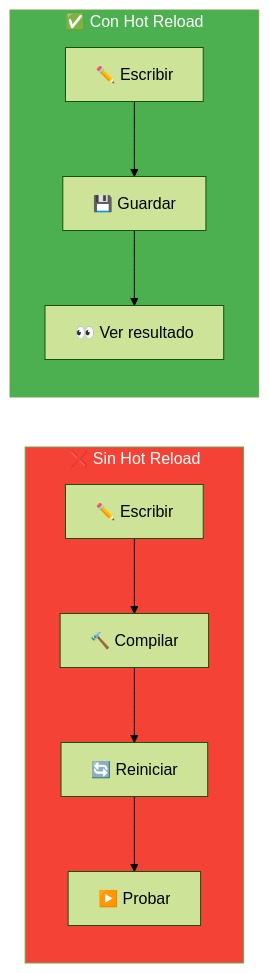
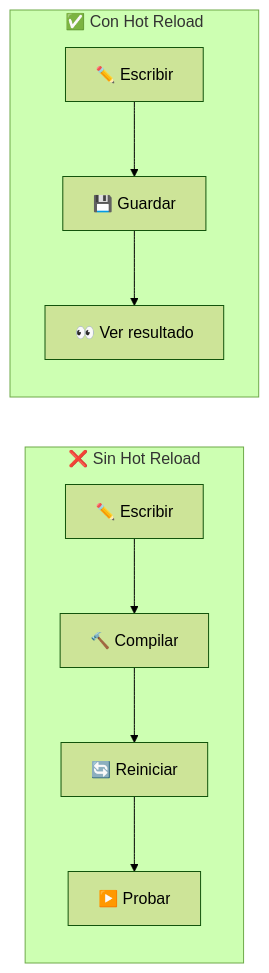
Before and after one commit to joseluisgs/DesarrolloWebEntornosServidor-02-2026-2027: the seventh of 7 diagrams in 01-conceptos-servicios.md, drawn with Mermaid (forest theme). The commit also changed other lines of this file and 4 other files, not shown here.

Commit message:
docs: quitar el relleno a los subgraf de los diagramas de los temas 01, 10, 11, 19 y 30

````diff
--- a/01-conceptos-servicios.md
+++ b/01-conceptos-servicios.md
@@ -413,14 +411,12 @@
 ```mermaid
 flowchart LR
     subgraph SIN["❌ Sin Hot Reload"]
         A1["✏️ Escribir"] --> A2["🔨 Compilar"]
         A2 --> A3["🔄 Reiniciar"]
         A3 --> A4["▶️ Probar"]
     end
     subgraph CON["✅ Con Hot Reload"]
         B1["✏️ Escribir"] --> B2["💾 Guardar"]
         B2 --> B3["👀 Ver resultado"]
     end
-    style SIN fill:#f44336,color:#fff
-    style CON fill:#4CAF50,color:#fff
 ```
````
